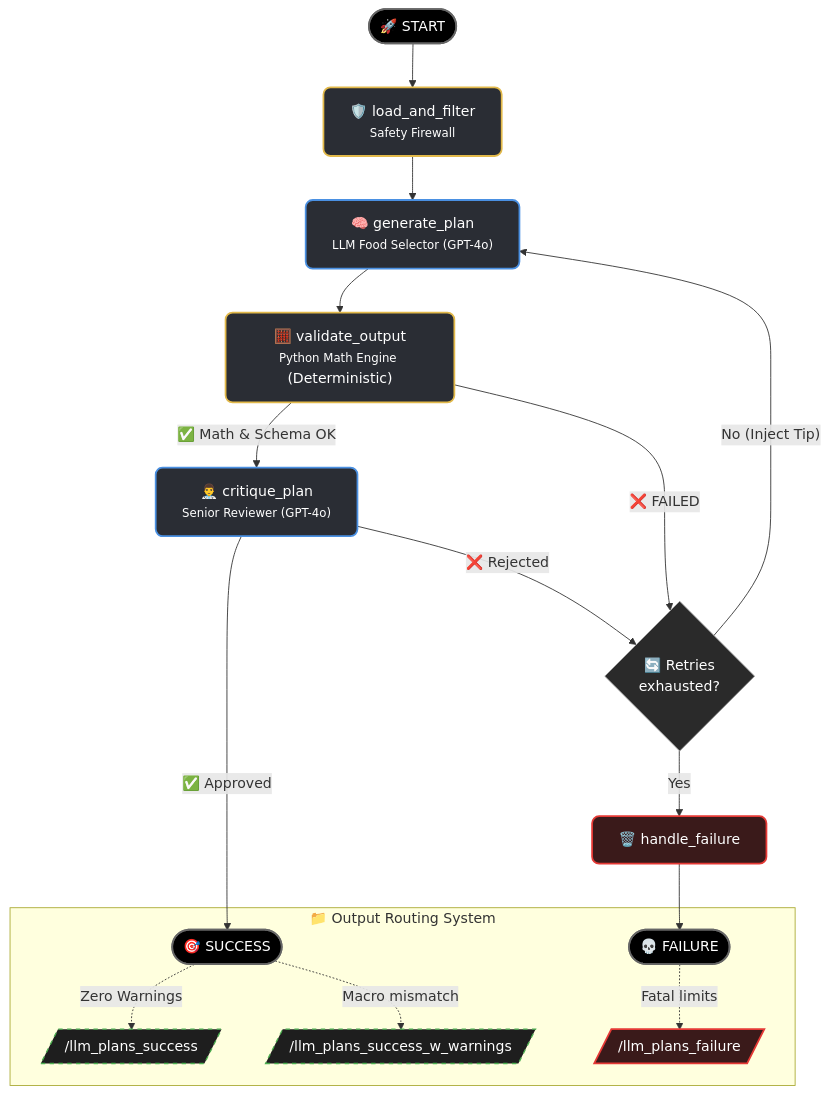
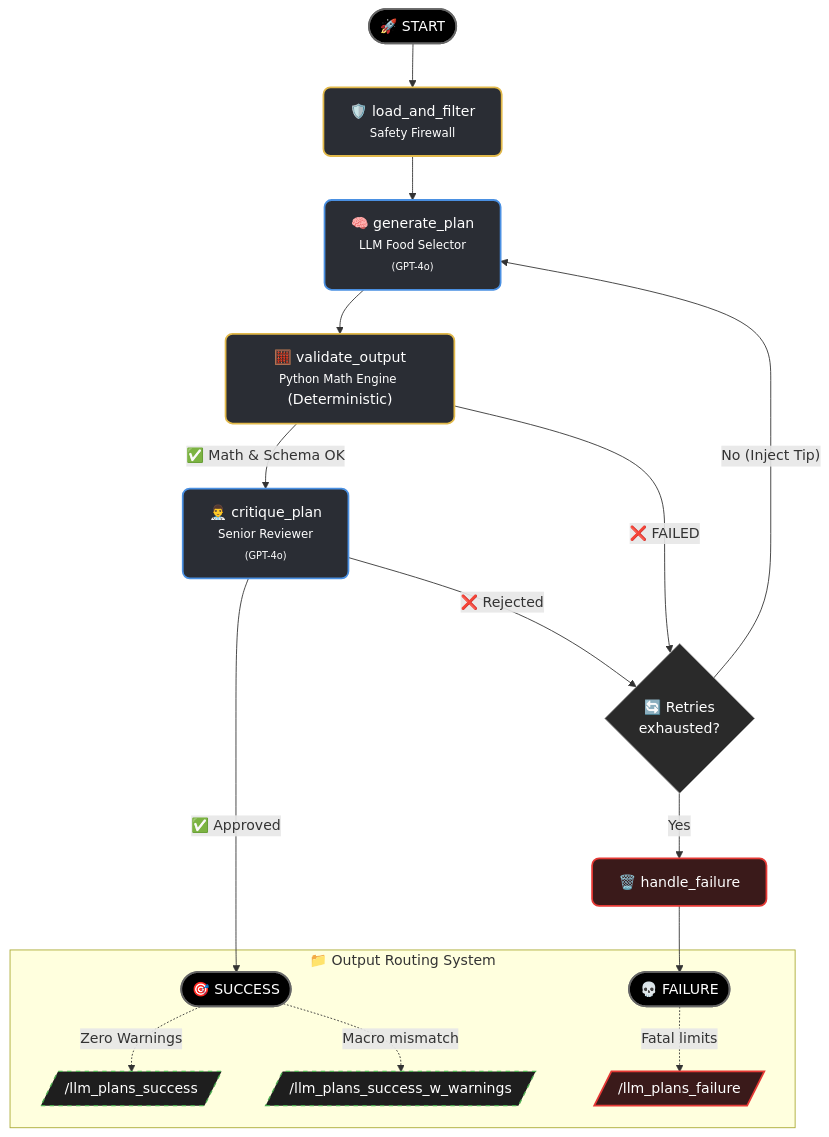
The diagram in README.md (xRF06/UseCase_RodrigoRocha_Nutrium), drawn with Mermaid before and after one commit.

Commit message:
docs: improve readability of Mermaid diagram labels in README.md

````diff
--- a/README.md
+++ b/README.md
@@ -7,35 +7,35 @@
 ```mermaid
 flowchart TD
     %% Global Styles
     classDef default fill:#1E1E1E,stroke:#444,stroke-width:1px,color:#FFF,rx:8px,ry:8px;
     classDef startEnd fill:#000000,stroke:#666,stroke-width:2px,color:#FFF,rx:20px,ry:20px;
     classDef ai fill:#2A2D34,stroke:#4A90E2,stroke-width:2px,color:#FFF;
     classDef python fill:#2A2D34,stroke:#E2B94A,stroke-width:2px,color:#FFF;
     classDef io fill:#1E1E1E,stroke:#4CAF50,stroke-width:1.5px,color:#FFF,stroke-dasharray: 5 5;
     classDef error fill:#3A1A1A,stroke:#E53935,stroke-width:2px,color:#FFF;
     classDef condition fill:#2A2A2A,stroke:#9E9E9E,stroke-width:1px,color:#FFF;
 
     %% Nodes
     START([🚀 START]):::startEnd --> FILTER["🛡️ load_and_filter<br/><small>Safety Firewall</small>"]:::python
     
-    FILTER --> GEN["🧠 generate_plan<br/><small>LLM Food Selector (GPT-4o)</small>"]:::ai
+    FILTER --> GEN["🧠 generate_plan<br/><small>LLM Food Selector <br/><small>(GPT-4o)</small>"]:::ai
     
     GEN --> VAL["🧮 validate_output<br/><small>Python Math Engine</small> (Deterministic)"]:::python
     
-    VAL -- "✅ Math & Schema OK" --> CRIT["👨‍⚕️ critique_plan<br/><small>Senior Reviewer (GPT-4o)</small>"]:::ai
+    VAL -- "✅ Math & Schema OK" --> CRIT["👨‍⚕️ critique_plan<br/><small>Senior Reviewer <br/><small>(GPT-4o)</small>"]:::ai
     VAL -- "❌ FAILED" --> RETRY{"🔄 Retries<br/>exhausted?"}:::condition
     
     CRIT -- "✅ Approved" --> SUCC([🎯 SUCCESS]):::startEnd
     CRIT -- "❌ Rejected" --> RETRY
     
     RETRY -- "No (Inject Tip)" --> GEN
     RETRY -- "Yes" --> FAIL_NODE["🗑️ handle_failure"]:::error
     FAIL_NODE --> FAIL_END([💀 FAILURE]):::startEnd
 
     %% Output Routing
     subgraph Routing ["📁 Output Routing System"]
         SUCC -.->|"Zero Warnings"| J_S[/"/llm_plans_success"/]:::io
         SUCC -.->|"Macro mismatch"| J_W[/"/llm_plans_success_w_warnings"/]:::io
         FAIL_END -.->|"Fatal limits"| J_F[/"/llm_plans_failure"/]:::error
     end
 ```
````
